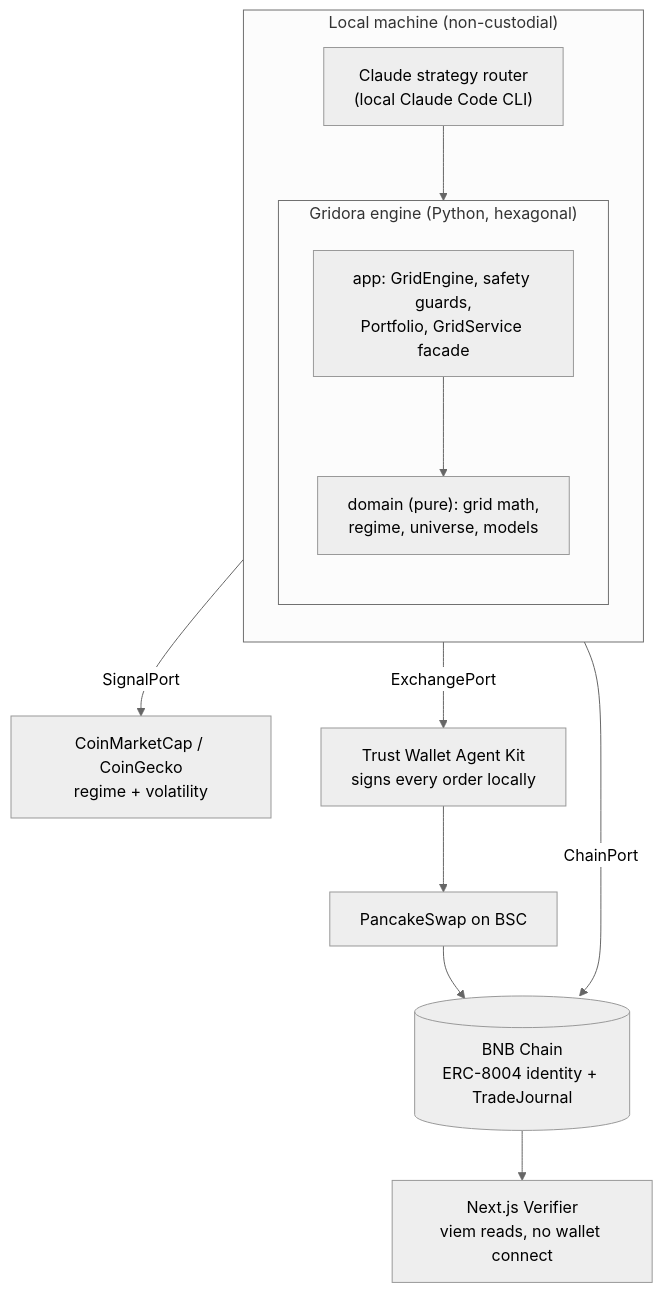
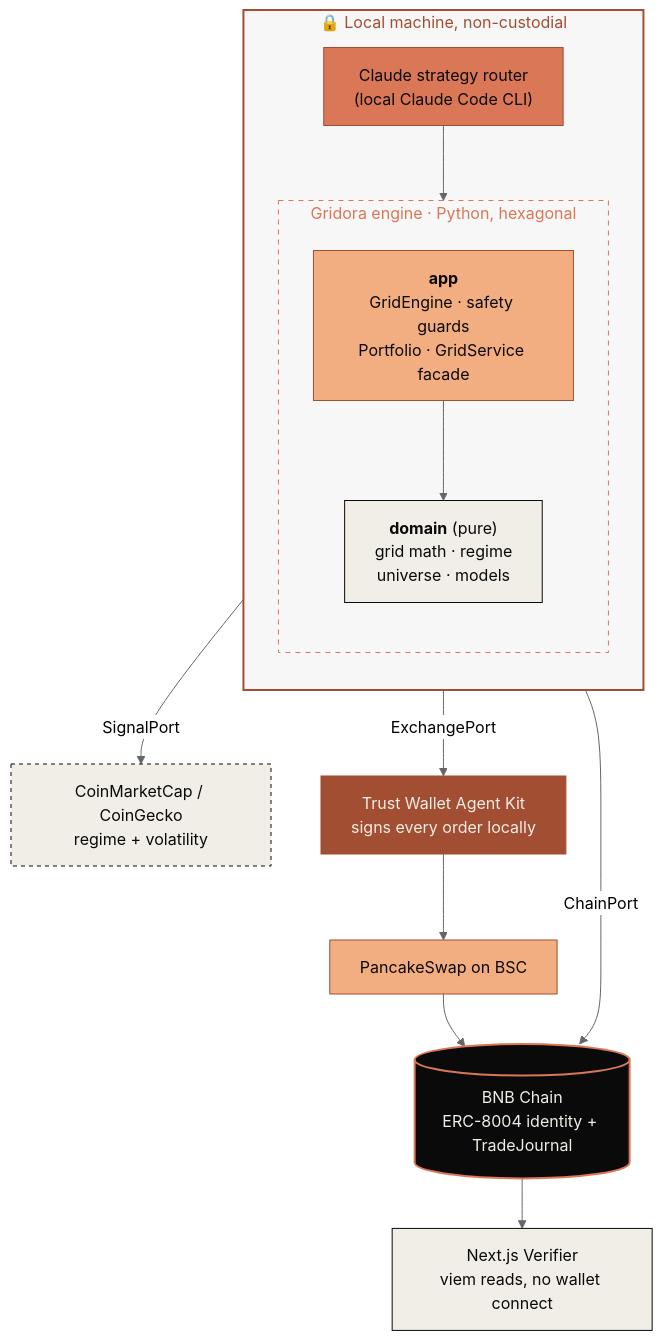
Before and after one commit to yeheskieltame/gridora: the fourth of 4 diagrams in README.md, drawn with Mermaid (neutral theme). The commit also changed other lines of this file, not shown here.

Commit message:
Color the How-it-works and Architecture diagrams
Both mermaid flows now carry the brand palette instead of default gray:
coral where Claude decides, deep clay where TWAK holds the only key, black
(coral-outlined so it survives dark mode) where the guardrails overrule the
model and where the chain is the source of truth. The dashed nodes mark the
two on-chain writes. The Local-machine box is drawn as an explicit boundary
so the non-custodial claim is visible, not just asserted in prose.

````diff
--- a/README.md
+++ b/README.md
@@ -156,21 +166,33 @@
 ```mermaid
 flowchart TB
-    subgraph LOCAL["Local machine (non-custodial)"]
+    subgraph LOCAL["🔒 Local machine, non-custodial"]
         direction TB
-        BRAIN["Claude strategy router<br/>(local Claude Code CLI)"]
-        subgraph CORE["Gridora engine (Python, hexagonal)"]
+        BRAIN["Claude strategy router<br/>(local Claude Code CLI)"]:::brain
+        subgraph CORE["Gridora engine · Python, hexagonal"]
             direction TB
-            APP["app: GridEngine, safety guards,<br/>Portfolio, GridService facade"]
-            DOMAIN["domain (pure): grid math,<br/>regime, universe, models"]
+            APP["<b>app</b><br/>GridEngine · safety guards<br/>Portfolio · GridService facade"]:::app
+            DOMAIN["<b>domain</b> (pure)<br/>grid math · regime<br/>universe · models"]:::domain
             APP --> DOMAIN
         end
         BRAIN --> APP
     end
 
-    APP -- SignalPort --> DATA["CoinMarketCap / CoinGecko<br/>regime + volatility"]
-    APP -- ExchangePort --> TWAK["Trust Wallet Agent Kit<br/>signs every order locally"]
-    TWAK --> PCS["PancakeSwap on BSC"]
-    PCS --> PROOF[("BNB Chain<br/>ERC-8004 identity + TradeJournal")]
+    APP -- SignalPort --> DATA["CoinMarketCap / CoinGecko<br/>regime + volatility"]:::data
+    APP -- ExchangePort --> TWAK["Trust Wallet Agent Kit<br/>signs every order locally"]:::signer
+    TWAK --> PCS["PancakeSwap on BSC"]:::venue
+    PCS --> PROOF[("BNB Chain<br/>ERC-8004 identity + TradeJournal")]:::chain
     APP -- ChainPort --> PROOF
-    PROOF --> UI["Next.js Verifier<br/>viem reads, no wallet connect"]
+    PROOF --> UI["Next.js Verifier<br/>viem reads, no wallet connect"]:::ui
+
+    classDef brain  fill:#D97757,stroke:#A24E32,color:#0A0A0A
+    classDef app    fill:#F2AE80,stroke:#A24E32,color:#0A0A0A
+    classDef domain fill:#F0EEE6,stroke:#0A0A0A,color:#0A0A0A
+    classDef data   fill:#F0EEE6,stroke:#0A0A0A,color:#0A0A0A,stroke-dasharray:4 4
+    classDef signer fill:#A24E32,stroke:#A24E32,color:#F0EEE6
+    classDef venue  fill:#F2AE80,stroke:#A24E32,color:#0A0A0A
+    classDef chain  fill:#0A0A0A,stroke:#D97757,stroke-width:2px,color:#F0EEE6
+    classDef ui     fill:#F0EEE6,stroke:#0A0A0A,color:#0A0A0A
+
+    style LOCAL fill:#0A0A0A08,stroke:#A24E32,stroke-width:2px,color:#A24E32
+    style CORE  fill:#0A0A0A00,stroke:#D97757,stroke-dasharray:5 5,color:#D97757
 ```
````
